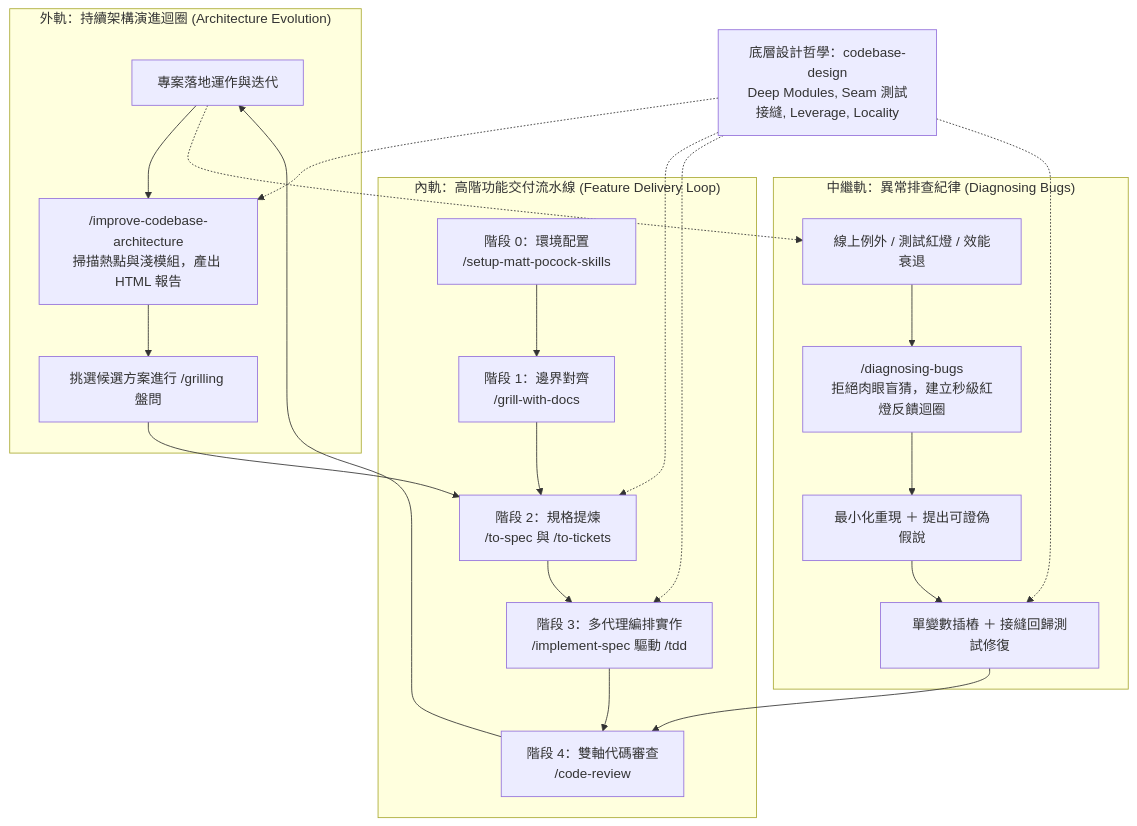
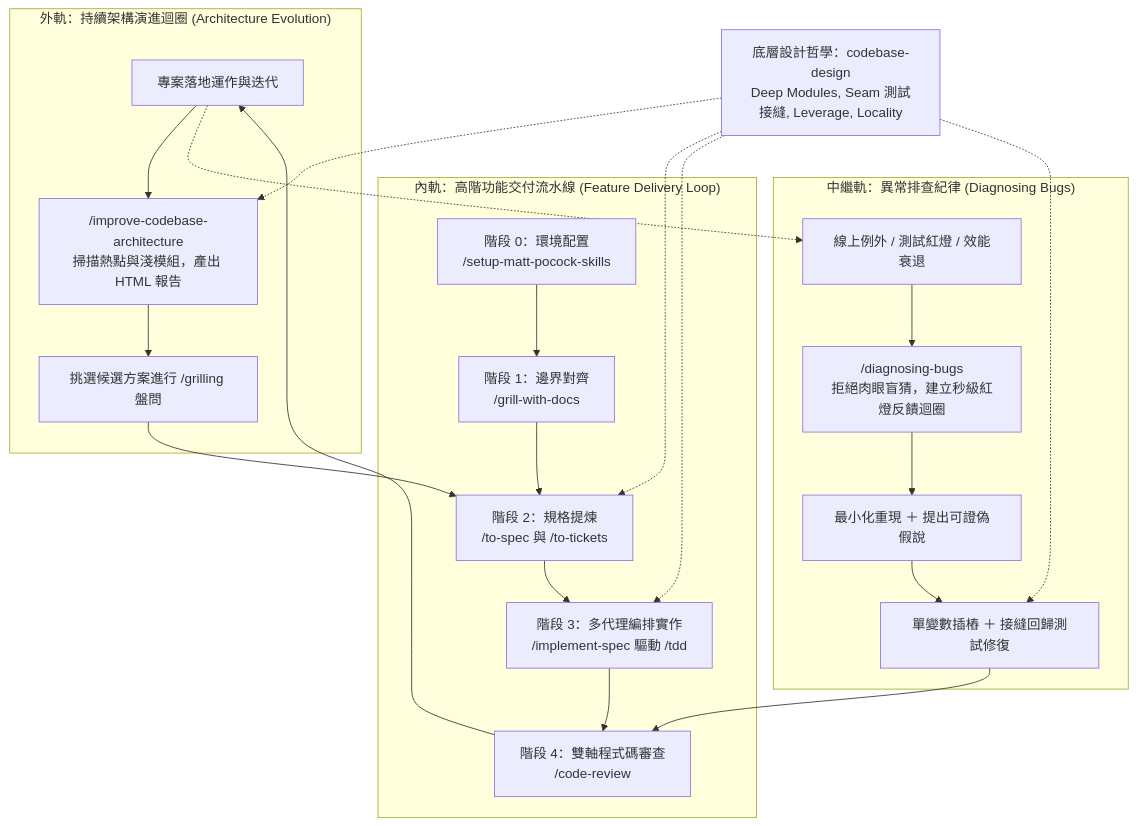
One commit to yaochangyu/sample.dotblog changed the first of 2 diagrams in AI.SDD/Lab.Matt-Pocock/blog-matt-pocock-skills-workflow.md. Above: the diagram before and after it, drawn with Mermaid. The commit also changed other lines of this file and 9 other files, not shown here.

Commit message:
docs: generate visual architecture diagrams using archify and diagram-design

````diff
--- a/AI.SDD/Lab.Matt-Pocock/blog-matt-pocock-skills-workflow.md
+++ b/AI.SDD/Lab.Matt-Pocock/blog-matt-pocock-skills-workflow.md
@@ -24,30 +24,30 @@
 ```mermaid
 flowchart TD
     subgraph OuterLoop ["外軌：持續架構演進迴圈 (Architecture Evolution)"]
         R0["專案落地運作與迭代"] --> R1["/improve-codebase-architecture<br>掃描熱點與淺模組，產出 HTML 報告"]
         R1 --> R2["挑選候選方案進行 /grilling 盤問"]
     end
 
     subgraph DiagLoop ["中繼軌：異常排查紀律 (Diagnosing Bugs)"]
         D0["線上例外 / 測試紅燈 / 效能衰退"] --> D1["/diagnosing-bugs<br>拒絕肉眼盲猜，建立秒級紅燈反饋迴圈"]
         D1 --> D2["最小化重現 ＋ 提出可證偽假說"]
         D2 --> D3["單變數插樁 ＋ 接縫回歸測試修復"]
     end
 
     subgraph InnerLoop ["內軌：高階功能交付流水線 (Feature Delivery Loop)"]
         F0["階段 0：環境配置<br>/setup-matt-pocock-skills"] --> F1["階段 1：邊界對齊<br>/grill-with-docs"]
         F1 --> F2["階段 2：規格提煉<br>/to-spec 與 /to-tickets"]
         F2 --> F3["階段 3：多代理編排實作<br>/implement-spec 驅動 /tdd"]
-        F3 --> F4["階段 4：雙軸代碼審查<br>/code-review"]
+        F3 --> F4["階段 4：雙軸程式碼審查<br>/code-review"]
     end
 
     R2 --> F2
     D3 --> F4
     F4 --> R0
     R0 -.-> D0
 
     G["底層設計哲學：codebase-design<br>Deep Modules, Seam 測試接縫, Leverage, Locality"] -.-> F2
     G -.-> F3
     G -.-> R1
     G -.-> D3
 ```
````
